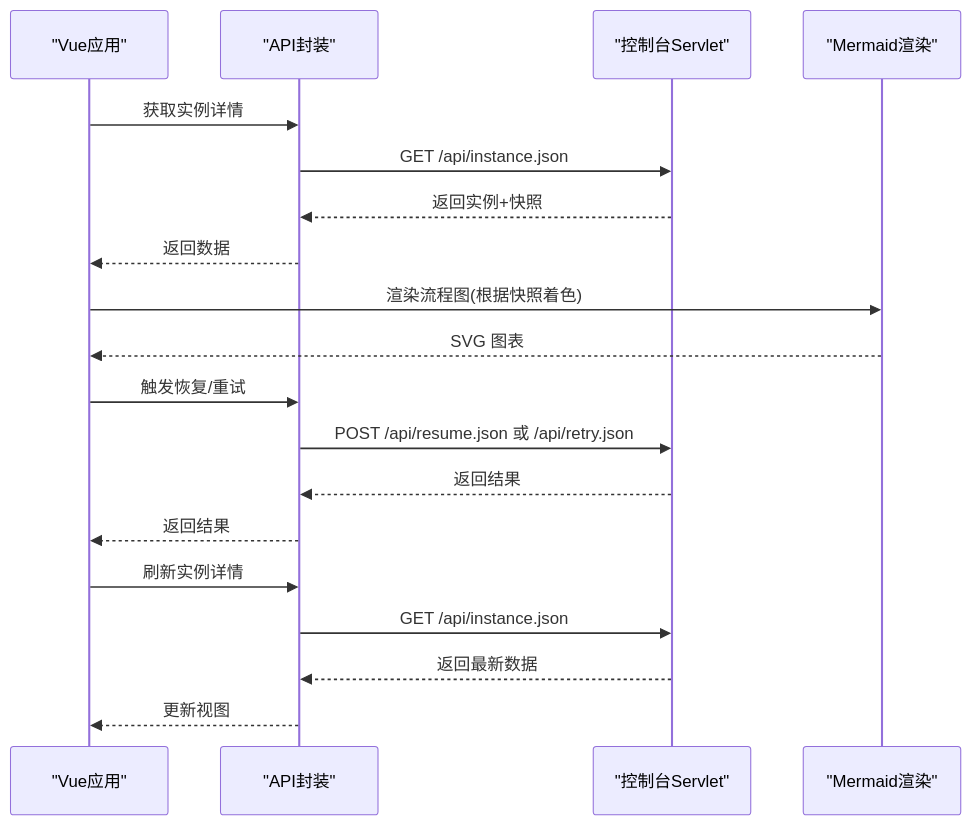
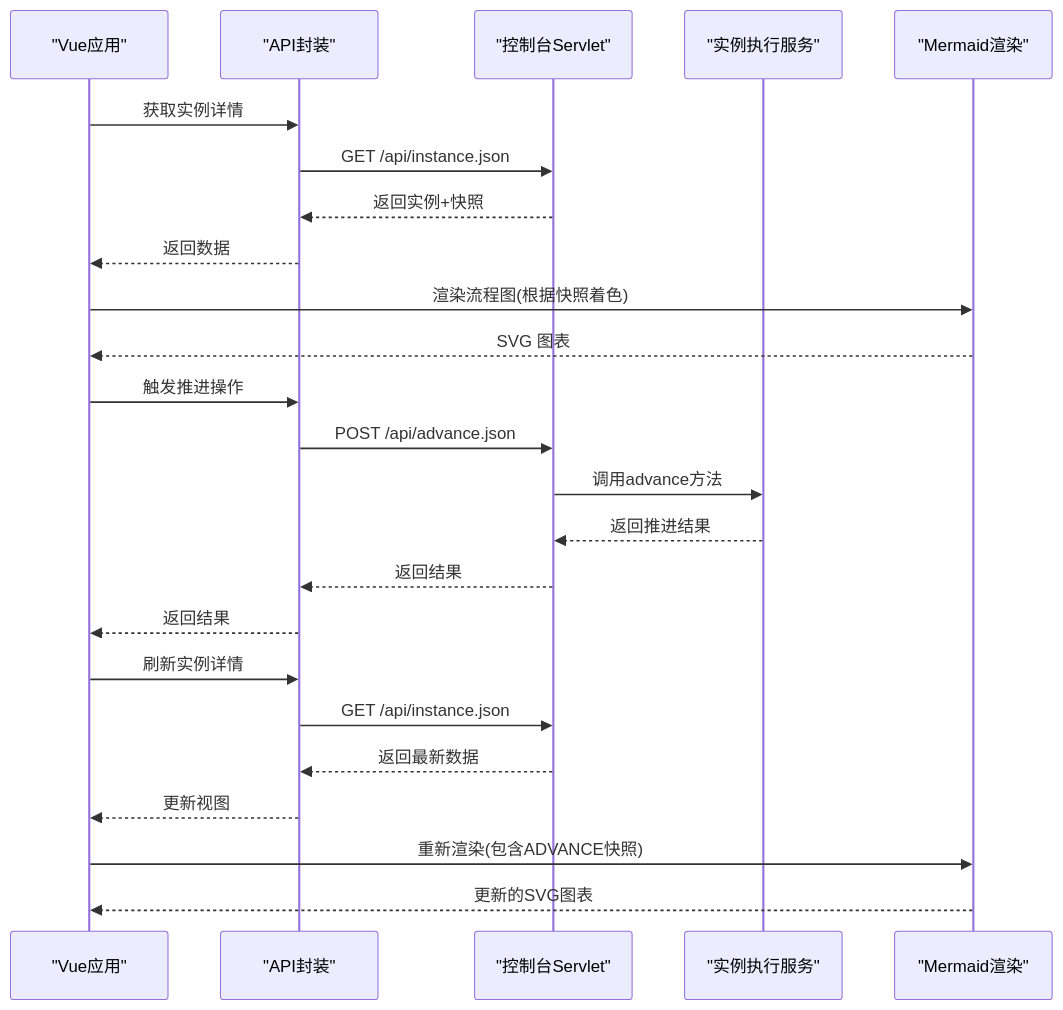
The sixth of 7 diagrams in .qoder/repowiki/zh/content/管理控制台/管理控制台.md (xiaoche80s-tech/state-machine-parent), drawn with Mermaid before and after one commit. The commit also changed other lines of this file and 7 other files, not shown here.

````diff
--- a/.qoder/repowiki/zh/content/管理控制台/管理控制台.md
+++ b/.qoder/repowiki/zh/content/管理控制台/管理控制台.md
@@ -323,21 +407,26 @@
 ```mermaid
 sequenceDiagram
 participant App as "Vue应用"
 participant API as "API封装"
 participant Servlet as "控制台Servlet"
+participant Service as "实例执行服务"
 participant Mermaid as "Mermaid渲染"
 App->>API : 获取实例详情
 API->>Servlet : GET /api/instance.json
 Servlet-->>API : 返回实例+快照
 API-->>App : 返回数据
 App->>Mermaid : 渲染流程图(根据快照着色)
 Mermaid-->>App : SVG 图表
-App->>API : 触发恢复/重试
-API->>Servlet : POST /api/resume.json 或 /api/retry.json
+App->>API : 触发推进操作
+API->>Servlet : POST /api/advance.json
+Servlet->>Service : 调用advance方法
+Service-->>Servlet : 返回推进结果
 Servlet-->>API : 返回结果
 API-->>App : 返回结果
 App->>API : 刷新实例详情
 API->>Servlet : GET /api/instance.json
 Servlet-->>API : 返回最新数据
 API-->>App : 更新视图
+App->>Mermaid : 重新渲染(包含ADVANCE快照)
+Mermaid-->>App : 更新的SVG图表
 ```
````
